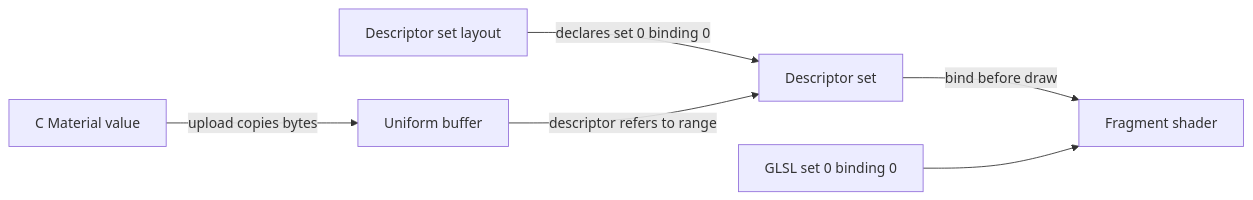
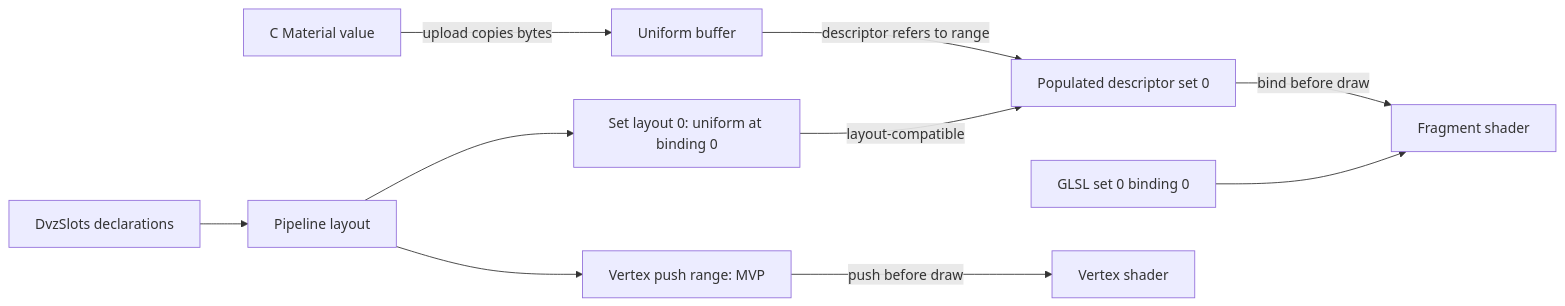
One commit to datoviz/datoviz changed the diagram in docs/gpu-graphics/12-uniform-buffers.md. Above: the diagram before and after it, drawn with Mermaid. The commit also changed other lines of this file and 9 other files, not shown here.

````diff
--- a/docs/gpu-graphics/12-uniform-buffers.md
+++ b/docs/gpu-graphics/12-uniform-buffers.md
@@ -15,8 +15,12 @@
 ```mermaid
 flowchart LR
     A[C Material value] -->|upload copies bytes| B[Uniform buffer]
-    C[Descriptor set layout] -->|declares set 0 binding 0| D[Descriptor set]
-    B -->|descriptor refers to range| D
-    D -->|bind before draw| E[Fragment shader]
-    F[GLSL set 0 binding 0] --> E
+    C[DvzSlots declarations] --> D[Pipeline layout]
+    D --> E[Set layout 0: uniform at binding 0]
+    D --> F[Vertex push range: MVP]
+    E -->|layout-compatible| G[Populated descriptor set 0]
+    B -->|descriptor refers to range| G
+    G -->|bind before draw| H[Fragment shader]
+    I[GLSL set 0 binding 0] --> H
+    F -->|push before draw| J[Vertex shader]
 ```
````
